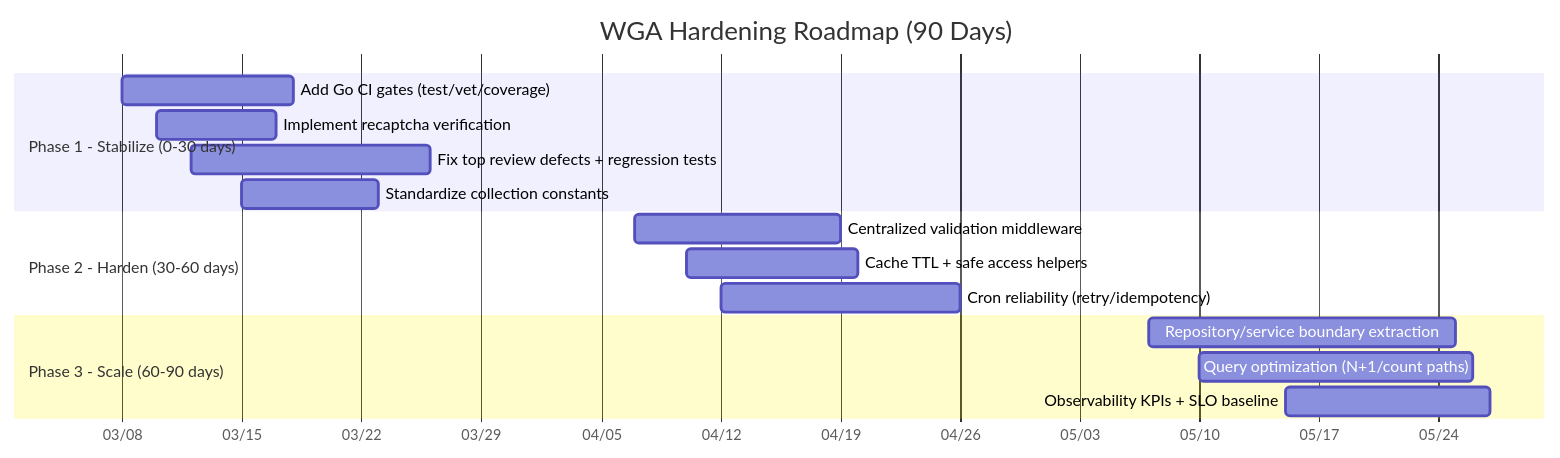
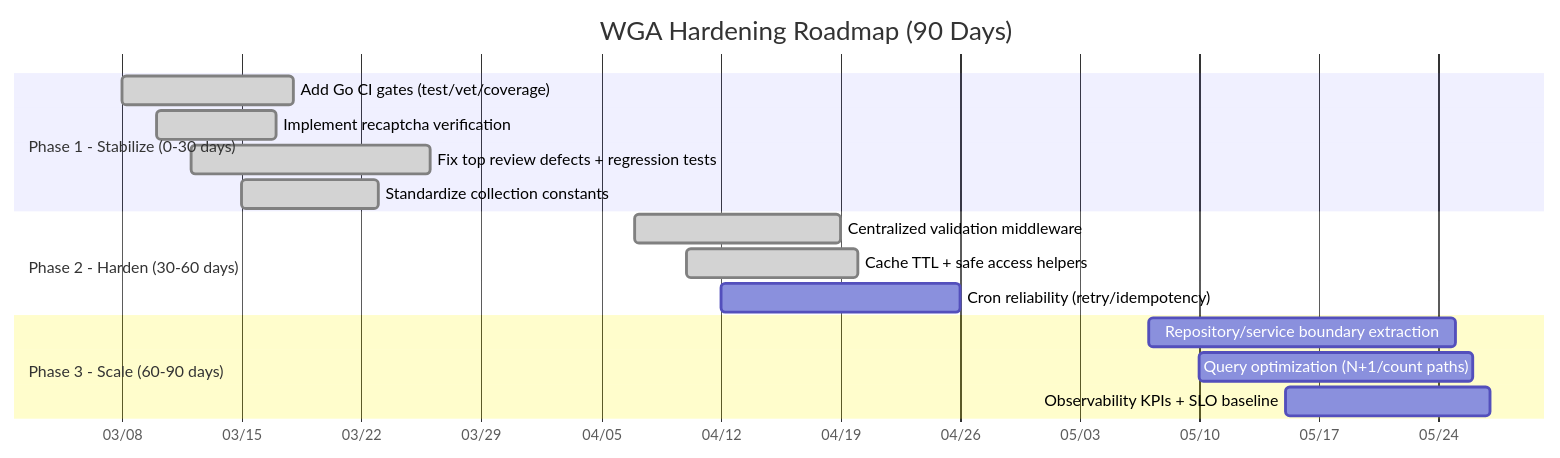
One commit to blackfyre/wga changed the third of 3 diagrams in docs/executive-summary-2026-03.md. Above: the diagram before and after it, drawn with Mermaid. The commit also changed other lines of this file, not shown here.

Commit message:
feat: enhance form validation and caching mechanisms, extract repository boundaries, and improve fallback observability

````diff
--- a/docs/executive-summary-2026-03.md
+++ b/docs/executive-summary-2026-03.md
@@ -183,22 +206,22 @@
 ```mermaid
 gantt
     title WGA Hardening Roadmap (90 Days)
     dateFormat  YYYY-MM-DD
     axisFormat  %m/%d
 
     section Phase 1 - Stabilize (0-30 days)
-    Add Go CI gates (test/vet/coverage)      :p1a, 2026-03-08, 10d
-    Implement recaptcha verification          :p1b, 2026-03-10, 7d
-    Fix top review defects + regression tests :p1c, 2026-03-12, 14d
-    Standardize collection constants          :p1d, 2026-03-15, 8d
+    Add Go CI gates (test/vet/coverage)      :done, p1a, 2026-03-08, 10d
+    Implement recaptcha verification          :done, p1b, 2026-03-10, 7d
+    Fix top review defects + regression tests :done, p1c, 2026-03-12, 14d
+    Standardize collection constants          :done, p1d, 2026-03-15, 8d
 
     section Phase 2 - Harden (30-60 days)
-    Centralized validation middleware         :p2a, 2026-04-07, 12d
-    Cache TTL + safe access helpers           :p2b, 2026-04-10, 10d
+    Centralized validation middleware         :done, p2a, 2026-04-07, 12d
+    Cache TTL + safe access helpers           :done, p2b, 2026-04-10, 10d
     Cron reliability (retry/idempotency)      :p2c, 2026-04-12, 14d
 
     section Phase 3 - Scale (60-90 days)
     Repository/service boundary extraction    :p3a, 2026-05-07, 18d
     Query optimization (N+1/count paths)      :p3b, 2026-05-10, 16d
     Observability KPIs + SLO baseline         :p3c, 2026-05-15, 12d
 ```
````
